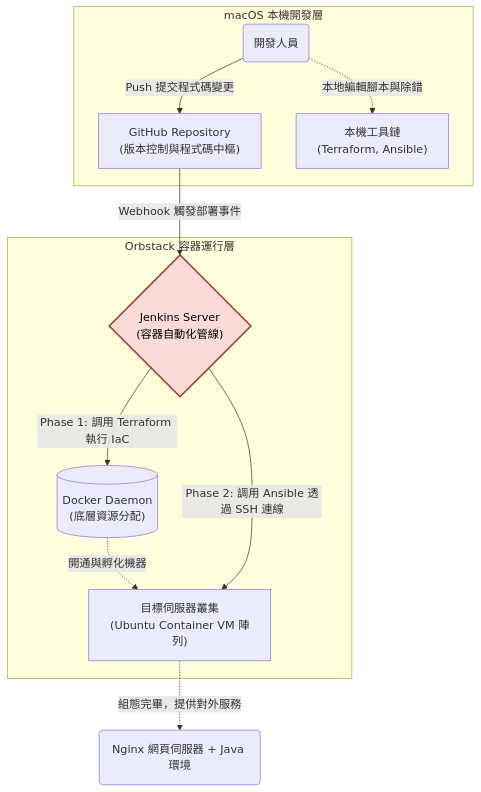
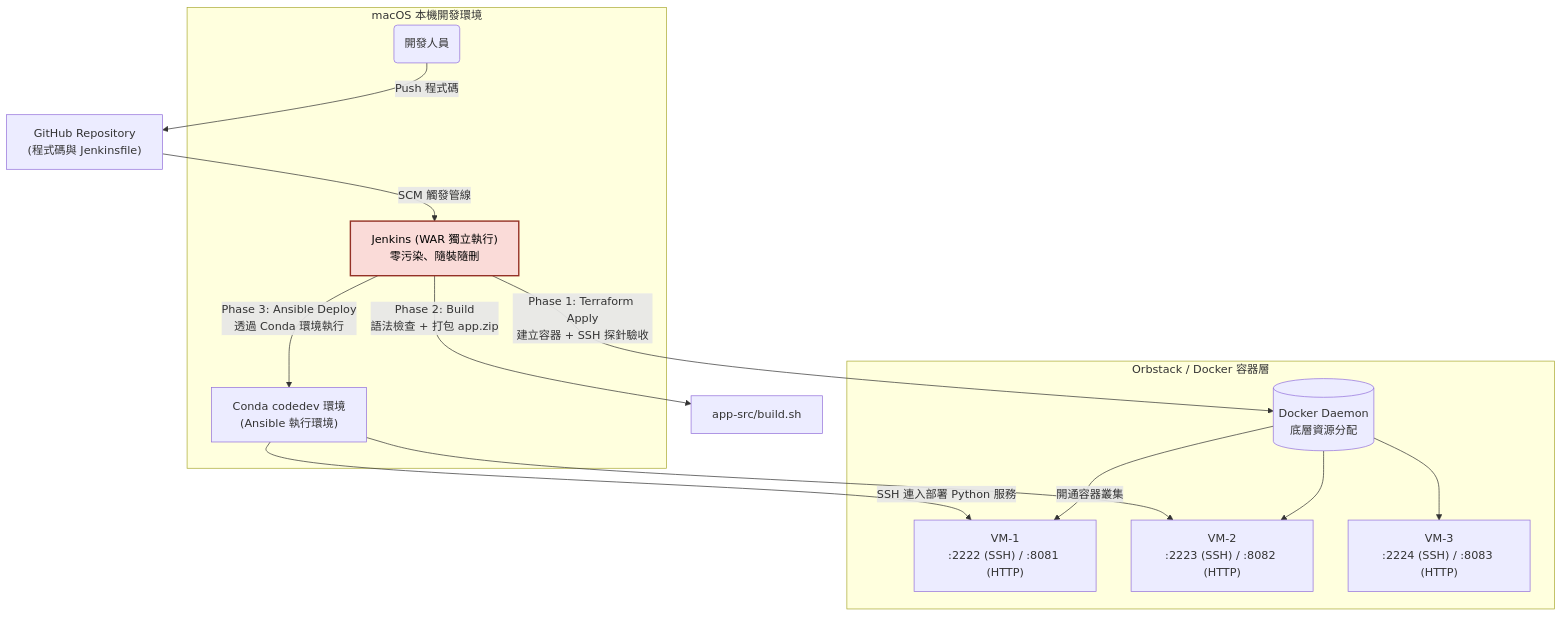
One commit to JeffLin0225/Infra-Provisioning-Flow changed the first of 2 diagrams in README.md. Above: the diagram before and after it, drawn with Mermaid. The commit also changed other lines of this file and 8 other files, not shown here.

````diff
--- a/README.md
+++ b/README.md
@@ -38,28 +55,34 @@
 ```mermaid
 flowchart TD
-    Git["GitHub Repository<br>(版本控制與程式碼中樞)"]
+    Git["GitHub Repository<br>(程式碼與 Jenkinsfile)"]
     
-    subgraph macOS [macOS 本機開發層]
+    subgraph macOS ["macOS 本機開發環境"]
         Dev("開發人員")
-        LocalTools["本機工具鏈<br>(Terraform, Ansible)"]
-        Dev -.->|"本地編輯腳本與除錯"| LocalTools
-        Dev -->|"Push 提交程式碼變更"| Git
+        JenkinsWar["Jenkins (WAR 獨立執行)<br>零污染、隨裝隨刪"]
+        Conda["Conda codedev 環境<br>(Ansible 執行環境)"]
     end
     
-    subgraph Orbstack [Orbstack 容器運行層]
-        Jenkins{"Jenkins Server<br>(容器自動化管線)"}
-        DockerAPI[("Docker Daemon<br>(底層資源分配)")]
-        VMCluster["目標伺服器叢集<br>(Ubuntu Container VM 陣列)"]
+    subgraph Orbstack ["Orbstack / Docker 容器層"]
+        DockerAPI[("Docker Daemon<br>底層資源分配")]
+        VM1["VM-1<br>:2222 (SSH) / :8081 (HTTP)"]
+        VM2["VM-2<br>:2223 (SSH) / :8082 (HTTP)"]
+        VM3["VM-3<br>:2224 (SSH) / :8083 (HTTP)"]
     end
     
-    Git -->|"Webhook 觸發部署事件"| Jenkins
+    Dev -->|"Push 程式碼"| Git
+    Git -->|"SCM 觸發管線"| JenkinsWar
     
-    Jenkins -->|"Phase 1: 調用 Terraform 執行 IaC"| DockerAPI
-    DockerAPI -.->|"開通與孵化機器"| VMCluster
-    Jenkins -->|"Phase 2: 調用 Ansible 透過 SSH 連線"| VMCluster
+    JenkinsWar -->|"Phase 1: Terraform Apply<br>建立容器 + SSH 探針驗收"| DockerAPI
+    DockerAPI -->|"開通容器叢集"| VM1
+    DockerAPI --> VM2
+    DockerAPI --> VM3
     
-    VMCluster -.->|"組態完畢，提供對外服務"| App("Nginx 網頁伺服器 + Java 環境")
+    JenkinsWar -->|"Phase 2: Build<br>語法檢查 + 打包 app.zip"| AppSrc["app-src/build.sh"]
+    
+    JenkinsWar -->|"Phase 3: Ansible Deploy<br>透過 Conda 環境執行"| Conda
+    Conda -->|"SSH 連入部署 Python 服務"| VM1
+    Conda --> VM2
 
     classDef jenk fill:#fadbd8,stroke:#943126,stroke-width:2px,color:#000;
-    class Jenkins jenk;
+    class JenkinsWar jenk;
 ```
````
